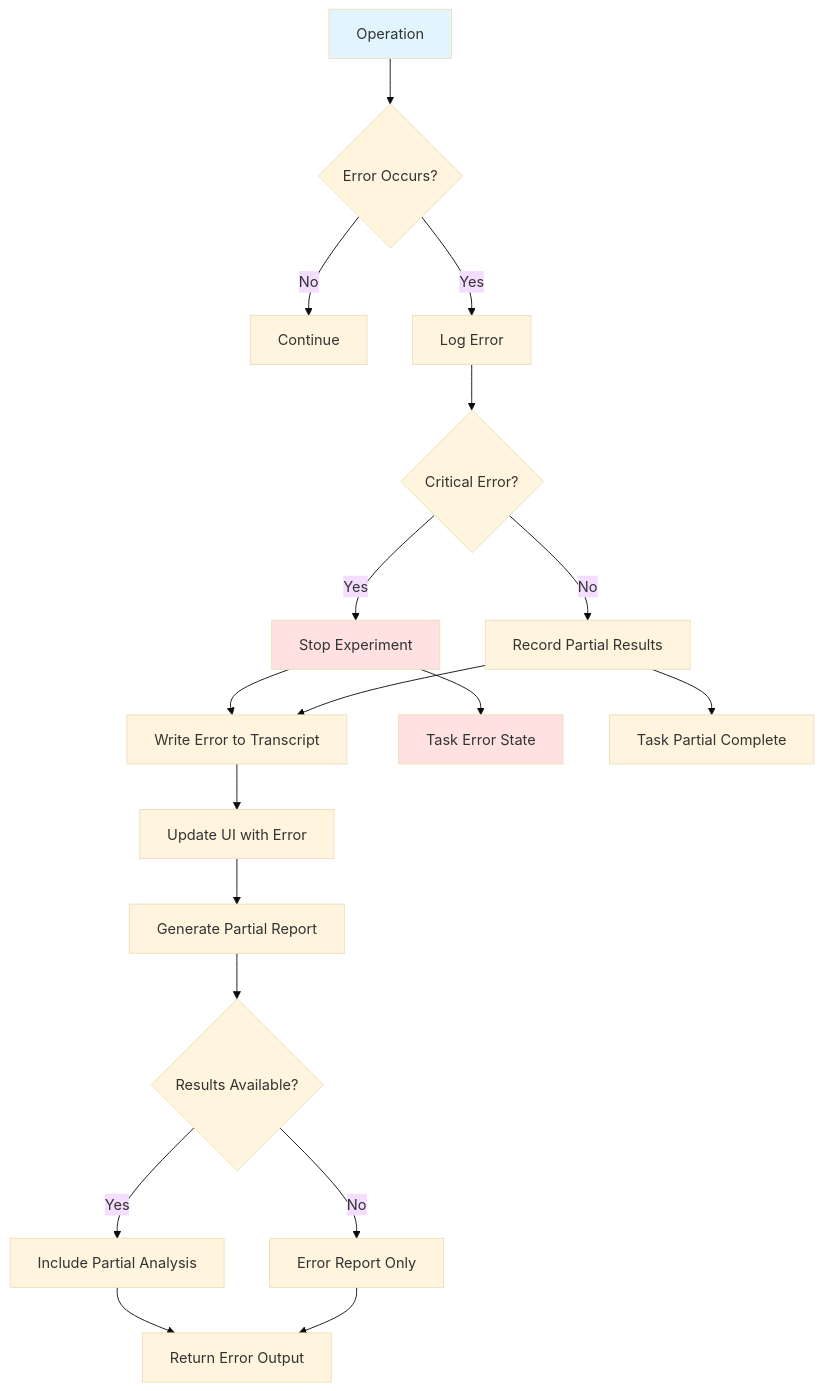
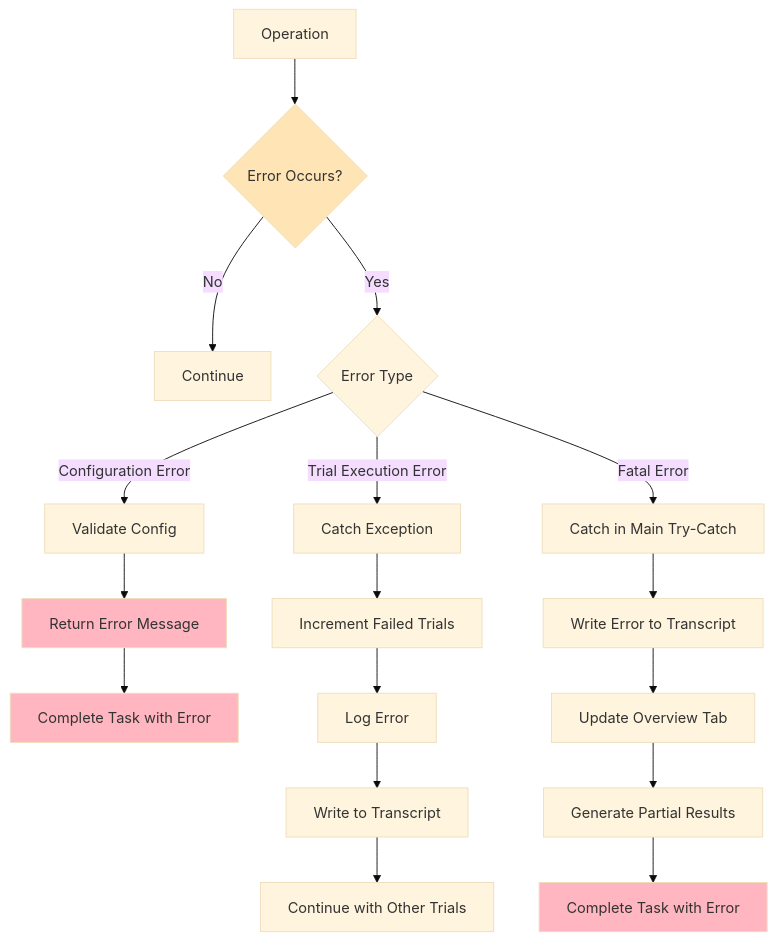
Diagram 16 of 22 in docs/LLMExperimentTask.md (SimiaCryptus/Cognotik), drawn with Mermaid (base theme) before and after one commit. The commit also changed other lines of this file and 7 other files, not shown here.

````diff
--- a/docs/LLMExperimentTask.md
+++ b/docs/LLMExperimentTask.md
@@ -601,30 +568,27 @@
 ```mermaid
 flowchart TD
     A[Operation] --> B{Error Occurs?}
     B -->|No| C[Continue]
-    B -->|Yes| D[Log Error]
+    B -->|Yes| D{Error Type}
 
-    D --> E{Critical Error?}
-    E -->|Yes| F[Stop Experiment]
-    E -->|No| G[Record Partial Results]
+    D -->|Configuration Error| E[Validate Config]
+    E --> F[Return Error Message]
+    F --> G[Complete Task with Error]
 
-    F --> H[Write Error to Transcript]
-    G --> H
+    D -->|Trial Execution Error| H[Catch Exception]
+    H --> I[Increment Failed Trials]
+    I --> J[Log Error]
+    J --> K[Write to Transcript]
+    K --> L[Continue with Other Trials]
 
-    H --> I[Update UI with Error]
-    I --> J[Generate Partial Report]
+    D -->|Fatal Error| M[Catch in Main Try-Catch]
+    M --> N[Write Error to Transcript]
+    N --> O[Update Overview Tab]
+    O --> P[Generate Partial Results]
+    P --> Q[Complete Task with Error]
 
-    J --> K{Results Available?}
-    K -->|Yes| L[Include Partial Analysis]
-    K -->|No| M[Error Report Only]
-
-    L --> N[Return Error Output]
-    M --> N
-
-    F --> O[Task Error State]
-    G --> P[Task Partial Complete]
-
-    style A fill:#e1f5ff
-    style F fill:#ffe1e1
-    style O fill:#ffe1e1
+    style B fill:#FFE4B5
+    style F fill:#FFB6C1
+    style G fill:#FFB6C1
+    style Q fill:#FFB6C1
 ```
````
